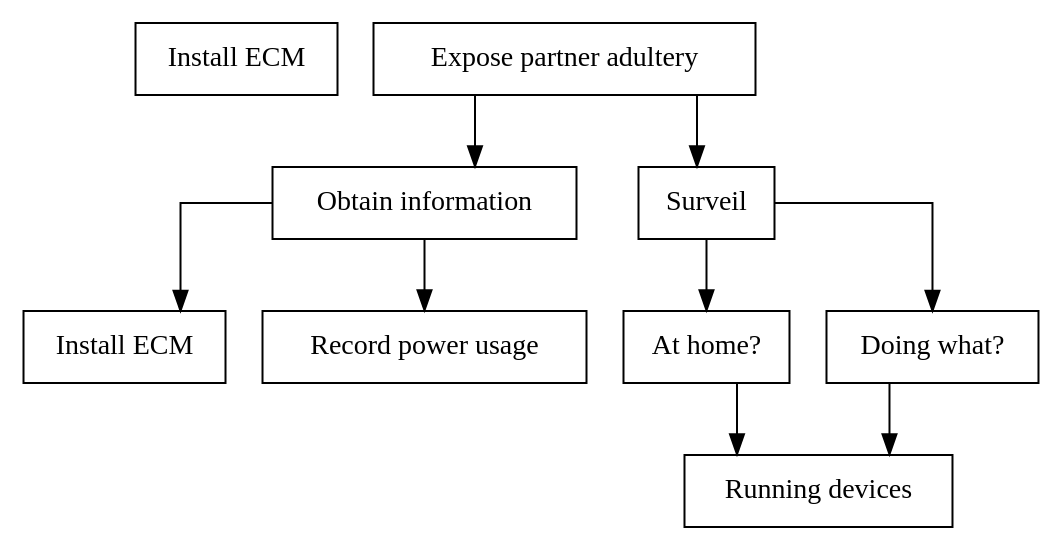
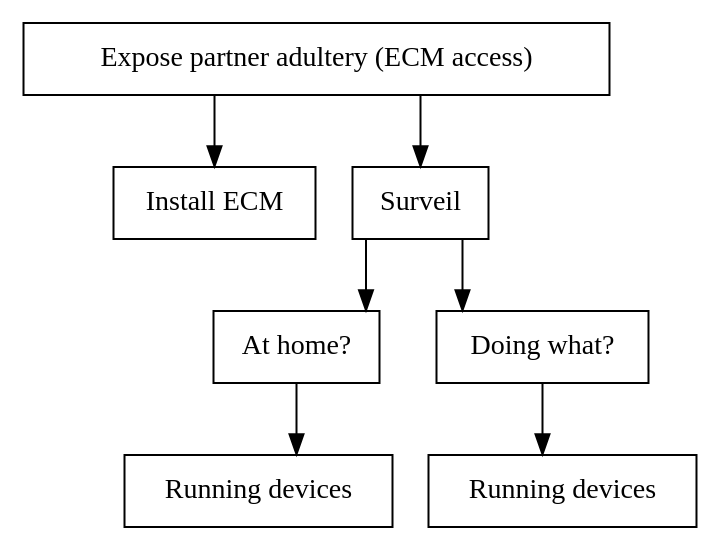
One commit to des904e15/report changed the diagram in figures/graphviz/partner_vs_consumer_ecm.dot. Above: the diagram before and after it, drawn with Graphviz. The commit also changed 15 other files, not shown here.

```diff
--- a/figures/graphviz/partner_vs_consumer_ecm.dot
+++ b/figures/graphviz/partner_vs_consumer_ecm.dot
@@ -1,30 +1,25 @@
 digraph finite_state_machine {
   node [shape = rectangle];
   graph [splines=ortho];
 
-  attack[label="Install ECM"];
-  root[label = "Expose partner adultery",shape=AND];
+  root[label = "Expose partner adultery (ECM access)",shape=AND];
 
-  obtain_info[label="Obtain information",shape=AND];
-  root->obtain_info;
-
-    install_ecm[label="Install ECM"];
-    obtain_info->install_ecm;
-
-    record_usage[label="Record power usage"];
-    obtain_info->record_usage;
+  Install_ecm[label="Install ECM"];
+  root->Install_ecm;
+   
 
   surveil[label="Surveil",shape=OR];
   root->surveil;
 
     at_home[label="At home?"];
     surveil->at_home
 
       running_devices[label="Running devices"];
       at_home->running_devices;
 
     doing_what[label="Doing what?"];
     surveil->doing_what;
 
-      doing_what->running_devices;
+      running_devices2[label="Running devices"];
+      doing_what->running_devices2;
 }
```
